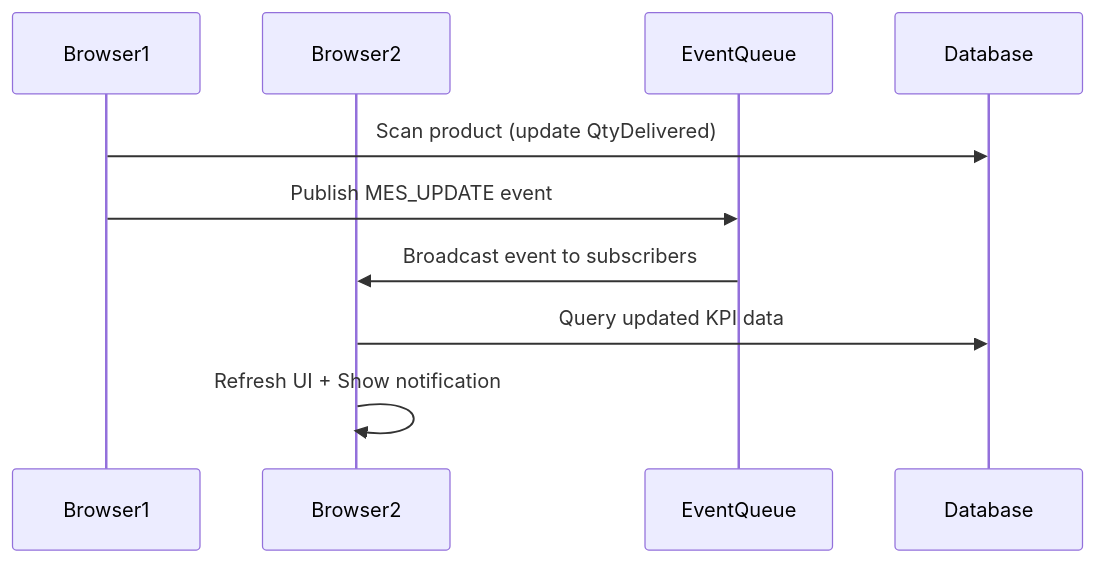
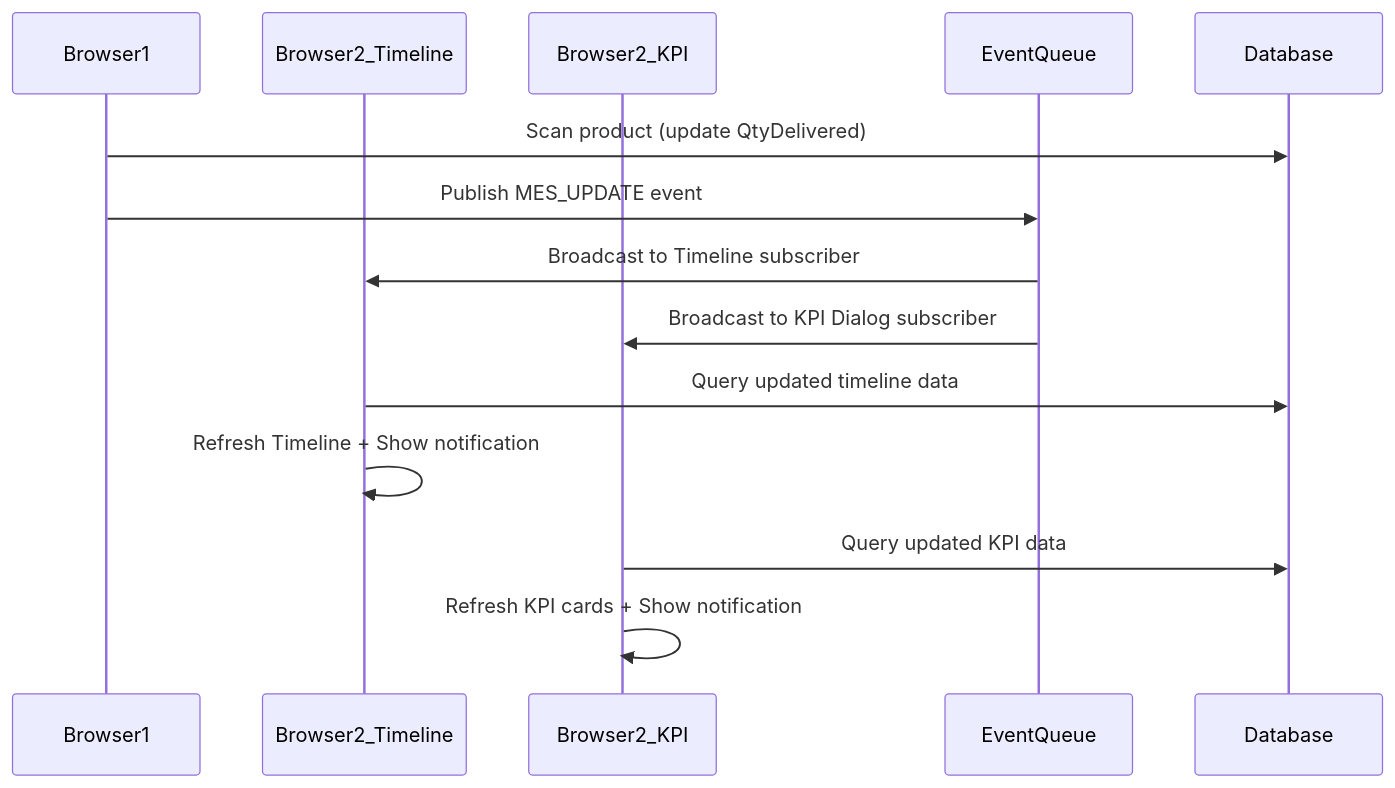
One commit to ray-idempiere/tw.idempiere.mes changed the second of 2 diagrams in README.md. Above: the diagram before and after it, drawn with Mermaid. The commit also changed other lines of this file and 7 other files, not shown here.

Commit message:
Subscribes when Timeline initializes (in `initForm()`), active for entire session

````diff
--- a/README.md
+++ b/README.md
@@ -278,13 +283,17 @@
 ```mermaid
 sequenceDiagram
     participant Browser1
-    participant Browser2
+    participant Browser2_Timeline
+    participant Browser2_KPI
     participant EventQueue
     participant Database
     
     Browser1->>Database: Scan product (update QtyDelivered)
     Browser1->>EventQueue: Publish MES_UPDATE event
-    EventQueue->>Browser2: Broadcast event to subscribers
-    Browser2->>Database: Query updated KPI data
-    Browser2->>Browser2: Refresh UI + Show notification
+    EventQueue->>Browser2_Timeline: Broadcast to Timeline subscriber
+    EventQueue->>Browser2_KPI: Broadcast to KPI Dialog subscriber
+    Browser2_Timeline->>Database: Query updated timeline data
+    Browser2_Timeline->>Browser2_Timeline: Refresh Timeline + Show notification
+    Browser2_KPI->>Database: Query updated KPI data
+    Browser2_KPI->>Browser2_KPI: Refresh KPI cards + Show notification
 ```
````
